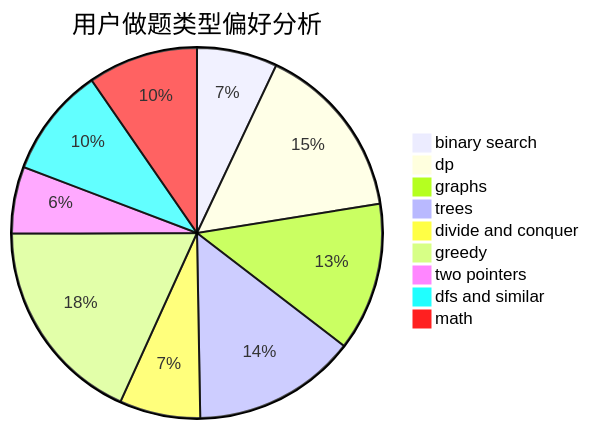
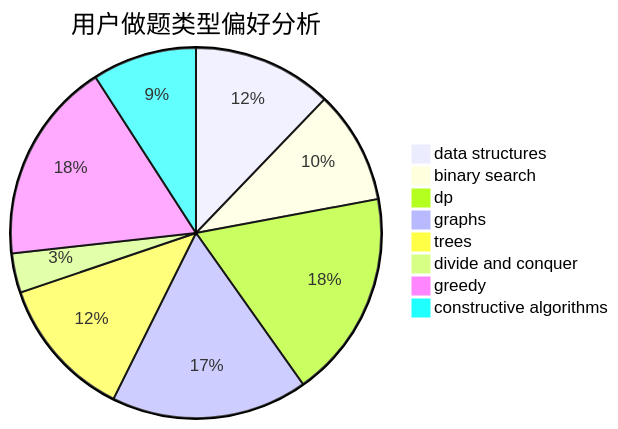
The second of 3 diagrams in docs/user/u185.md (sherpahu/cfrs.github.io), drawn with Mermaid before and after one commit. The commit also changed other lines of this file and 2775 other files, not shown here.

````diff
--- a/docs/user/u185.md
+++ b/docs/user/u185.md
@@ -23,12 +23,11 @@
 ```mermaid
 pie title 用户做题类型偏好分析
-    "binary search" :  201
-    "dp" :  442
-    "graphs" :  371
-    "trees" :  409
-    "divide and conquer" :  202
-    "greedy" :  520
-    "two pointers" :  167
-    "dfs and similar" :  275
-    "math" :  275
+    "data structures" :  223
+    "binary search" :  181
+    "dp" :  332
+    "graphs" :  314
+    "trees" :  228
+    "divide and conquer" :  63
+    "greedy" :  323
+    "constructive algorithms" :  167
 ```
````
